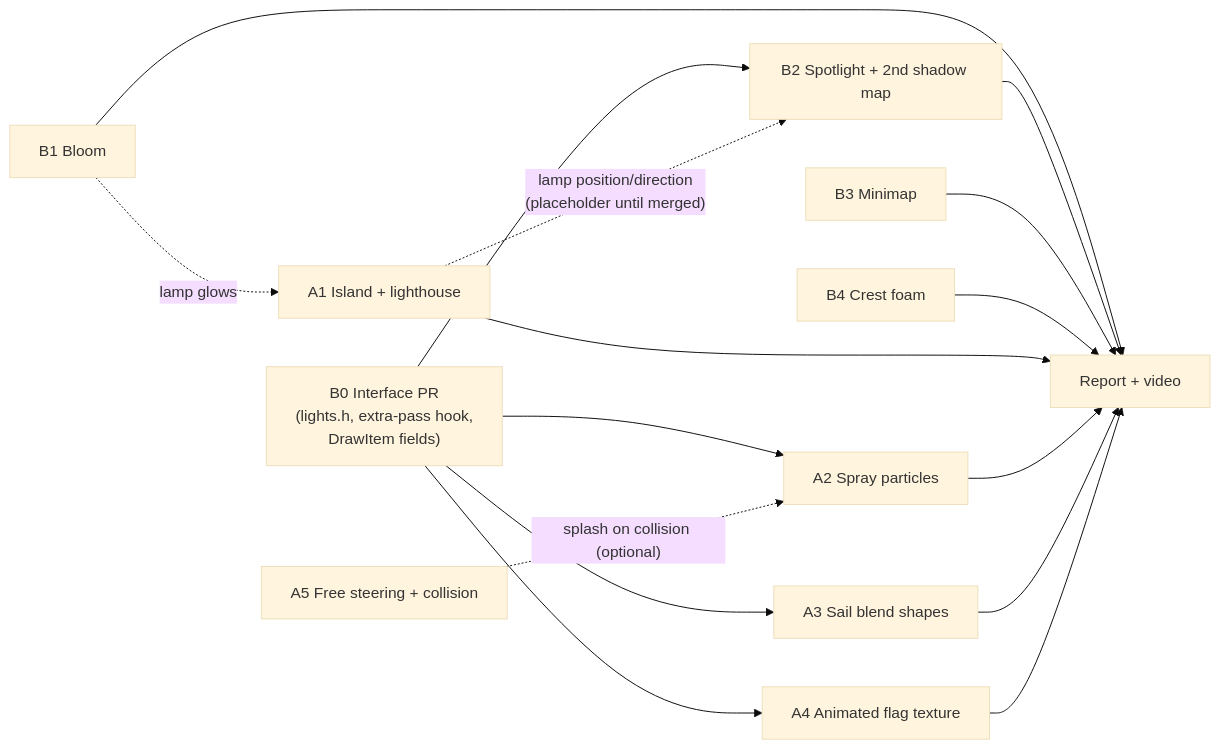
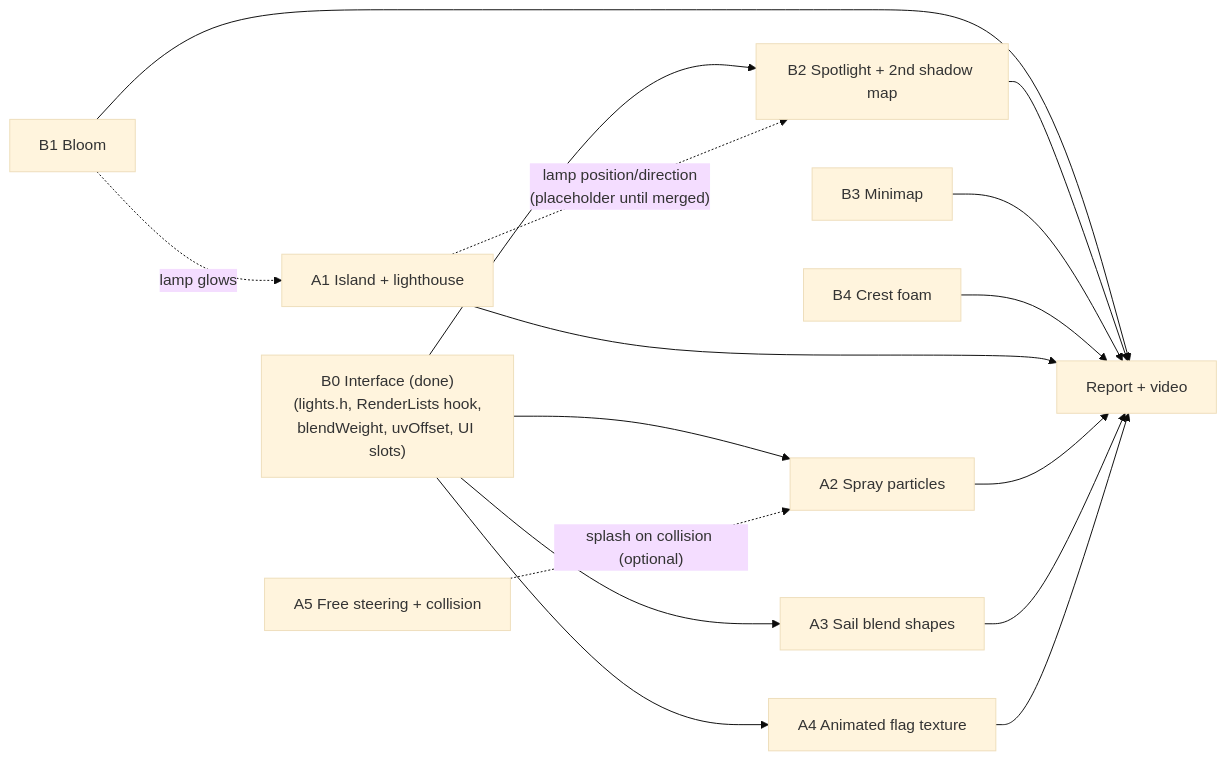
One commit to groundbeeflover/sailboat-tech-demo changed the diagram in docs/TODO.md. Above: the diagram before and after it, drawn with Mermaid (base theme). The commit also changed other lines of this file and 13 other files, not shown here.

````diff
--- a/docs/TODO.md
+++ b/docs/TODO.md
@@ -38,23 +38,23 @@
 ```mermaid
 flowchart LR
-    B0["B0 Interface PR<br/>(lights.h, extra-pass hook,<br/>DrawItem fields)"]
+    B0["B0 Interface (done)<br/>(lights.h, RenderLists hook,<br/>blendWeight, uvOffset, UI slots)"]
     B1["B1 Bloom"]
     B2["B2 Spotlight + 2nd shadow map"]
     B3["B3 Minimap"]
     B4["B4 Crest foam"]
     A1["A1 Island + lighthouse"]
     A2["A2 Spray particles"]
     A3["A3 Sail blend shapes"]
     A4["A4 Animated flag texture"]
     A5["A5 Free steering + collision"]
     R["Report + video"]
 
     B0 --> B2
     B0 --> A2
     B0 --> A3
     B0 --> A4
     A1 -. "lamp position/direction<br/>(placeholder until merged)" .-> B2
     B1 -. "lamp glows" .-> A1
     A5 -. "splash on collision (optional)" .-> A2
     B1 & B2 & B3 & B4 & A1 & A2 & A3 & A4 --> R
 ```
````
